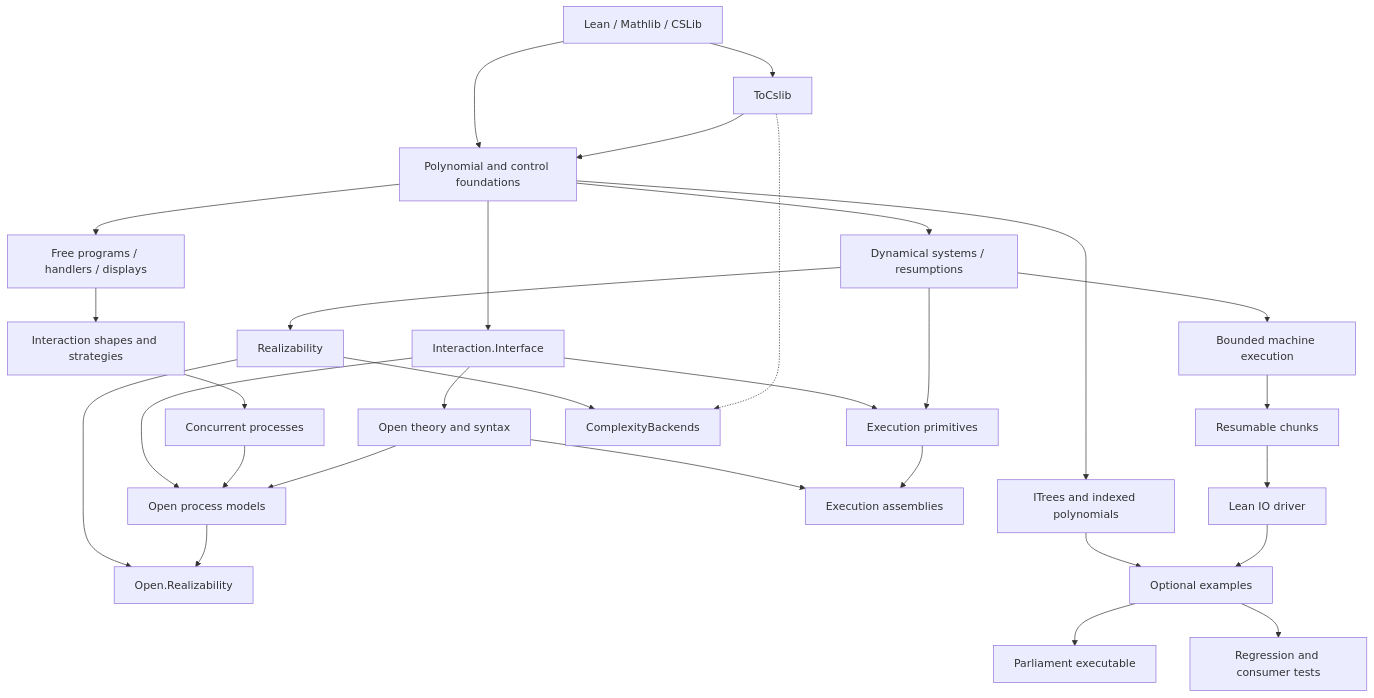
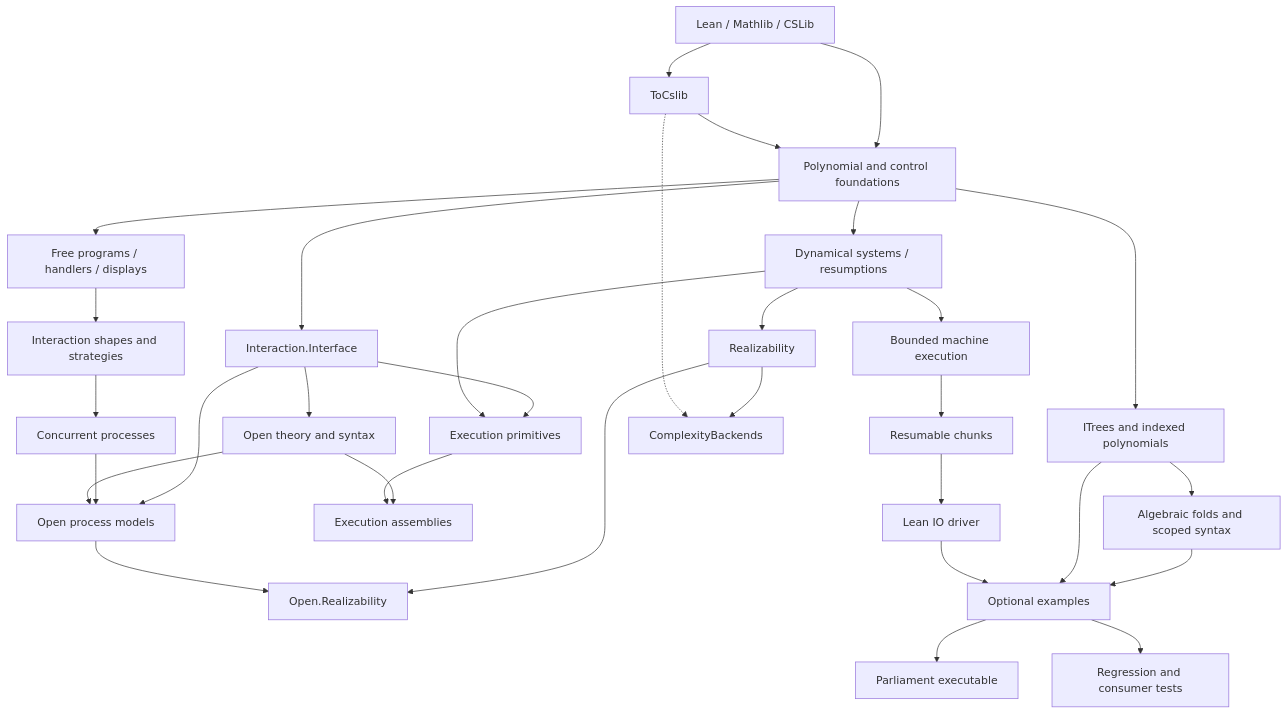
Before and after one commit to Verified-zkEVM/PolyFun: the diagram in docs/reference/repo-map.md, drawn with Mermaid. The commit also changed other lines of this file and 23 other files, not shown here.

````diff
--- a/docs/reference/repo-map.md
+++ b/docs/reference/repo-map.md
@@ -87,32 +91,34 @@
 ```mermaid
 flowchart TD
   U[Lean / Mathlib / CSLib] --> T[ToCslib]
   U --> P[Polynomial and control foundations]
   T --> P
   P --> F[Free programs / handlers / displays]
   P --> D[Dynamical systems / resumptions]
   D --> BD[Bounded machine execution]
   BD --> RC[Resumable chunks]
   RC --> IO[Lean IO driver]
   P --> I[ITrees and indexed polynomials]
   F --> S[Interaction shapes and strategies]
   S --> C[Concurrent processes]
   P --> B[Interaction.Interface]
   B --> O[Open theory and syntax]
   B --> E[Execution primitives]
   D --> E
   O --> A[Execution assemblies]
   E --> A
   B --> OP[Open process models]
   C --> OP
   O --> OP
   D --> R[Realizability]
   R --> OR[Open.Realizability]
   OP --> OR
   R --> AD[ComplexityBackends]
   T -.-> AD
-  I --> EX[Optional examples]
+  I --> SF[Algebraic folds and scoped syntax]
+  SF --> EX[Optional examples]
+  I --> EX
   IO --> EX
   EX --> CLI[Parliament executable]
   EX --> TEST[Regression and consumer tests]
 ```
````
